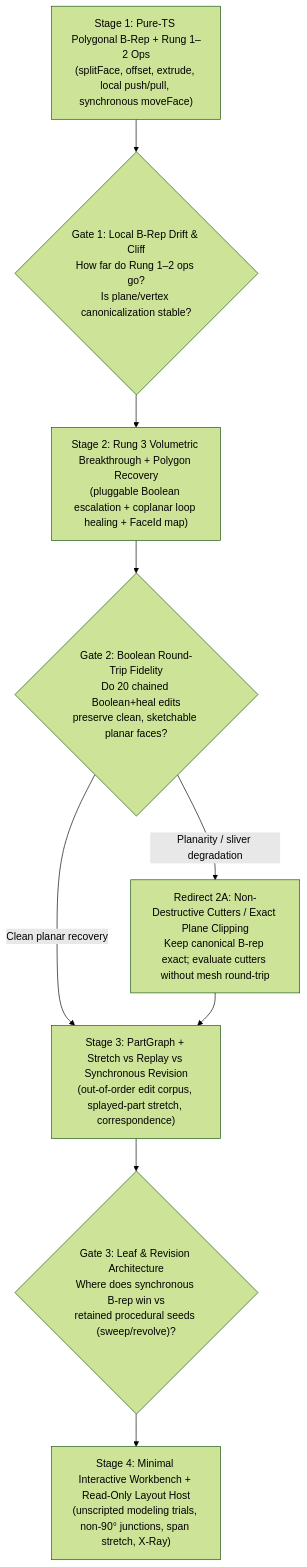
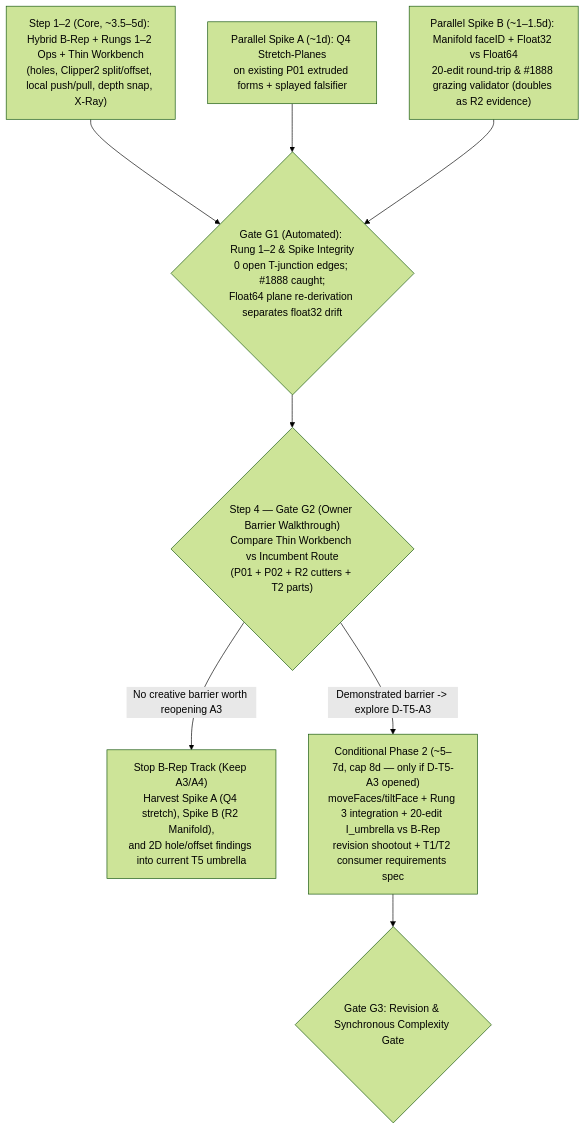
The diagram in broad-research/native-modeling-freedom/PROPOSAL.md (Biskiq/spatial-sketch-editor), drawn with Mermaid (forest theme) before and after one commit. The commit also changed other lines of this file and 1 other file, not shown here.

Commit message:
docs(research): align proposal with T5 umbrella baseline and review gates

````diff
--- a/broad-research/native-modeling-freedom/PROPOSAL.md
+++ b/broad-research/native-modeling-freedom/PROPOSAL.md
@@ -154,16 +105,15 @@
 ```mermaid
 flowchart TD
-  S1["Stage 1: Pure-TS Polygonal B-Rep + Rung 1–2 Ops\n(splitFace, offset, extrude, local push/pull, synchronous moveFace)"]
-  G1{"Gate 1: Local B-Rep Drift & Cliff\nHow far do Rung 1–2 ops go?\nIs plane/vertex canonicalization stable?"}
-  S2["Stage 2: Rung 3 Volumetric Breakthrough + Polygon Recovery\n(pluggable Boolean escalation + coplanar loop healing + FaceId map)"]
-  G2{"Gate 2: Boolean Round-Trip Fidelity\nDo 20 chained Boolean+heal edits\npreserve clean, sketchable planar faces?"}
-  S2Alt["Redirect 2A: Non-Destructive Cutters / Exact Plane Clipping\nKeep canonical B-rep exact; evaluate cutters without mesh round-trip"]
-  S3["Stage 3: PartGraph + Stretch vs Replay vs Synchronous Revision\n(out-of-order edit corpus, splayed-part stretch, correspondence)"]
-  G3{"Gate 3: Leaf & Revision Architecture\nWhere does synchronous B-rep win vs\nretained procedural seeds (sweep/revolve)?"}
-  S4["Stage 4: Minimal Interactive Workbench + Read-Only Layout Host\n(unscripted modeling trials, non-90° junctions, span stretch, X-Ray)"]
+  P1A["Step 1–2 (Core, ~3.5–5d): Hybrid B-Rep + Rungs 1–2 Ops + Thin Workbench\n(holes, Clipper2 split/offset, local push/pull, depth snap, X-Ray)"]
+  P1B["Parallel Spike A (~1d): Q4 Stretch-Planes\non existing P01 extruded forms + splayed falsifier"]
+  P1C["Parallel Spike B (~1–1.5d): Manifold faceID + Float32 vs Float64\n20-edit round-trip & #1888 grazing validator (doubles as R2 evidence)"]
+  G1{"Gate G1 (Automated): Rung 1–2 & Spike Integrity\n0 open T-junction edges; #1888 caught;\nFloat64 plane re-derivation separates float32 drift"}
+  G2{"Step 4 — Gate G2 (Owner Barrier Walkthrough)\nCompare Thin Workbench vs Incumbent Route\n(P01 + P02 + R2 cutters + T2 parts)"}
+  STOP["Stop B-Rep Track (Keep A3/A4)\nHarvest Spike A (Q4 stretch), Spike B (R2 Manifold),\nand 2D hole/offset findings into current T5 umbrella"]
+  P2["Conditional Phase 2 (~5–7d, cap 8d — only if D-T5-A3 opened)\nmoveFaces/tiltFace + Rung 3 integration + 20-edit I_umbrella vs B-Rep\nrevision shootout + T1/T2 consumer requirements spec"]
+  G3{"Gate G3: Revision & Synchronous Complexity Gate"}
 
-  S1 --> G1 --> S2 --> G2
-  G2 -- "Clean planar recovery" --> S3
-  G2 -- "Planarity / sliver degradation" --> S2Alt --> S3
-  S3 --> G3 --> S4
+  P1A & P1B & P1C --> G1 --> G2
+  G2 -- "No creative barrier worth reopening A3" --> STOP
+  G2 -- "Demonstrated barrier -> explore D-T5-A3" --> P2 --> G3
 ```
````
